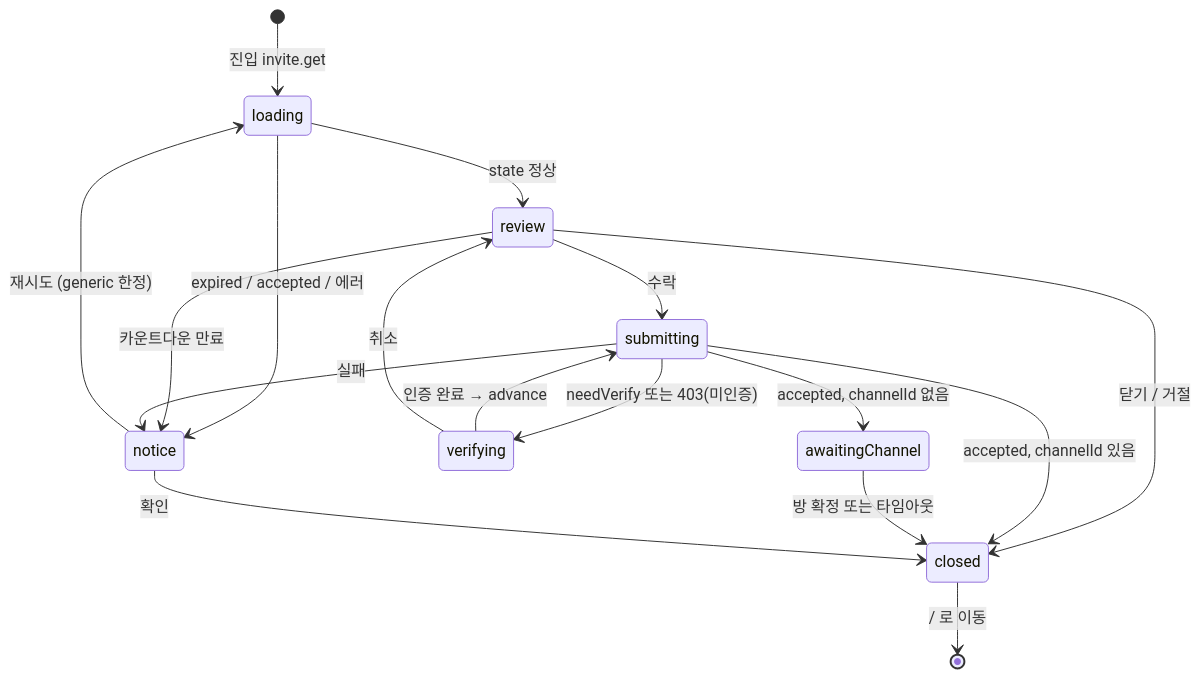
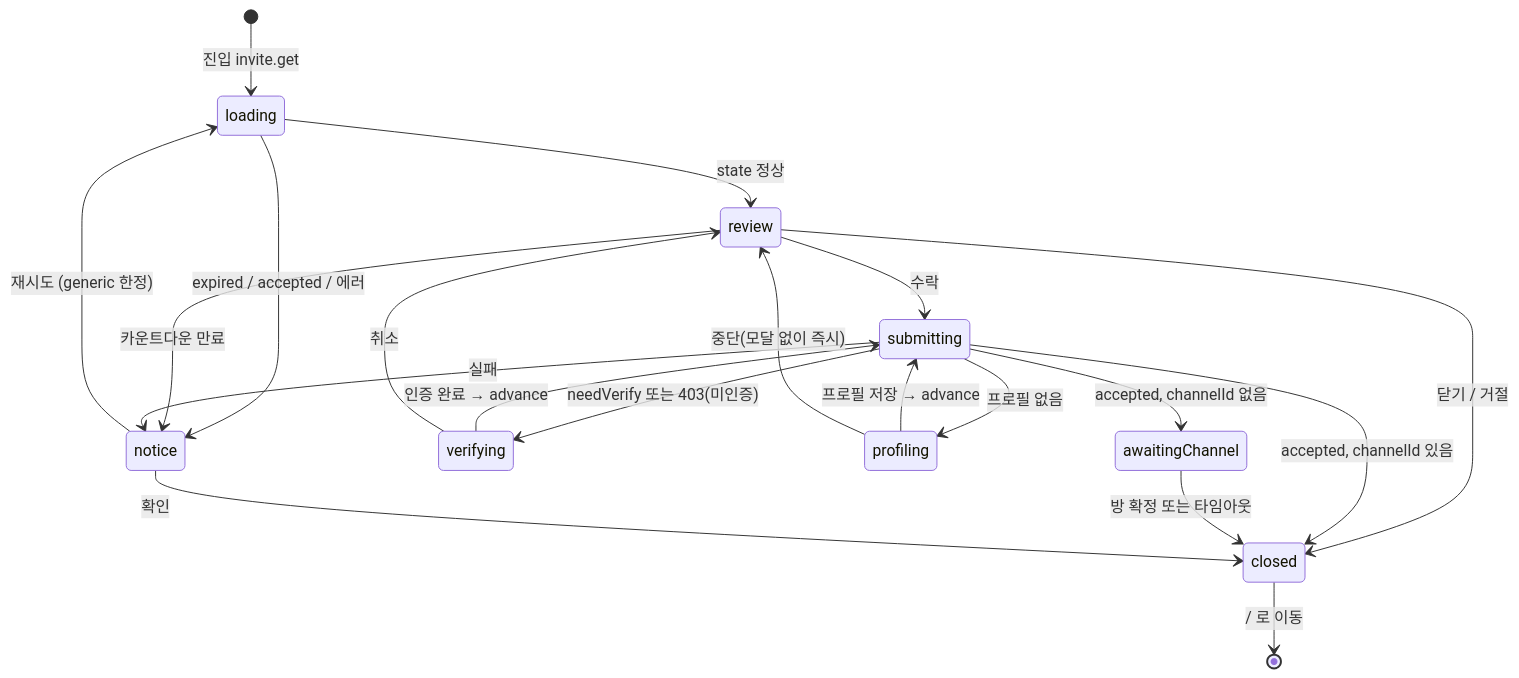
Before and after one commit to lemoncloud-io/dou-app: the third of 3 diagrams in docs/invite-accept-entry.md, drawn with Mermaid. The commit also changed other lines of this file and 58 other files, not shown here.

````diff
--- a/docs/invite-accept-entry.md
+++ b/docs/invite-accept-entry.md
@@ -143,23 +143,27 @@
 ```mermaid
 stateDiagram-v2
     [*] --> loading: 진입 invite.get
     loading --> review: state 정상
     loading --> notice: expired / accepted / 에러
 
     review --> submitting: 수락
     review --> notice: 카운트다운 만료
     review --> closed: 닫기 / 거절
 
     submitting --> verifying: needVerify 또는 403(미인증)
+    submitting --> profiling: 프로필 없음
     submitting --> awaitingChannel: accepted, channelId 없음
     submitting --> closed: accepted, channelId 있음
     submitting --> notice: 실패
 
     verifying --> submitting: 인증 완료 → advance
     verifying --> review: 취소
 
+    profiling --> submitting: 프로필 저장 → advance
+    profiling --> review: 중단(모달 없이 즉시)
+
     awaitingChannel --> closed: 방 확정 또는 타임아웃
     notice --> closed: 확인
     notice --> loading: 재시도 (generic 한정)
     closed --> [*]: / 로 이동
 ```
````
